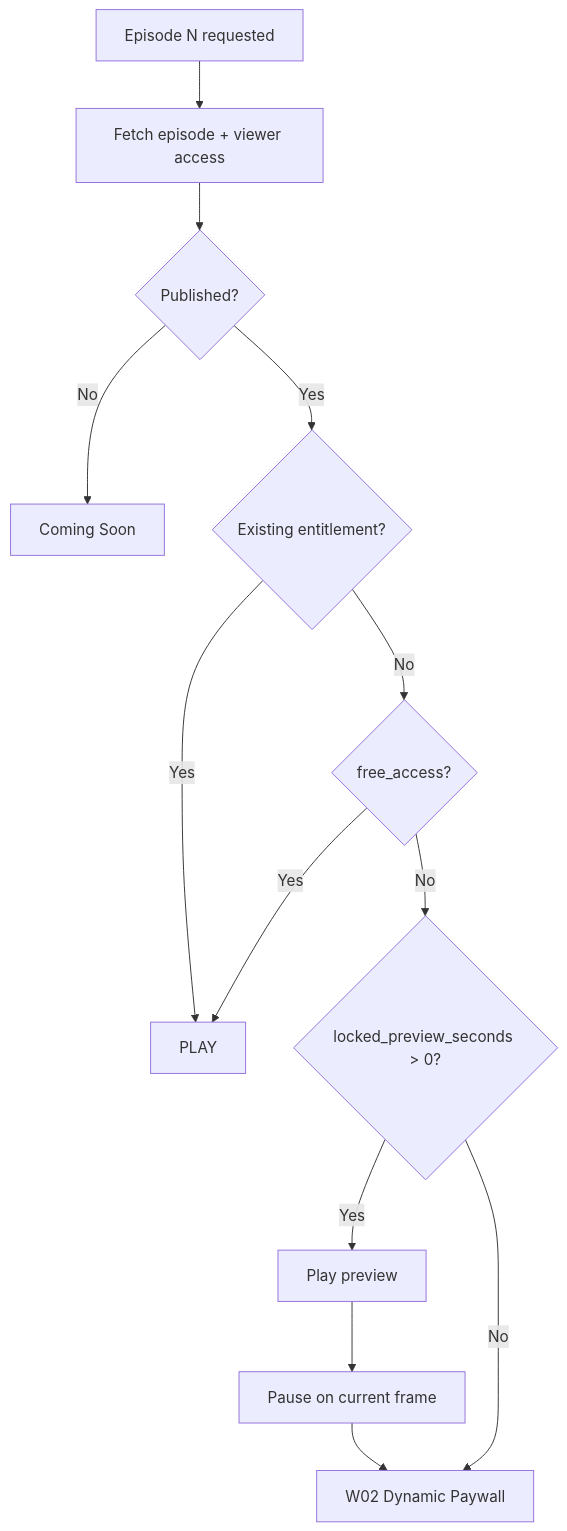
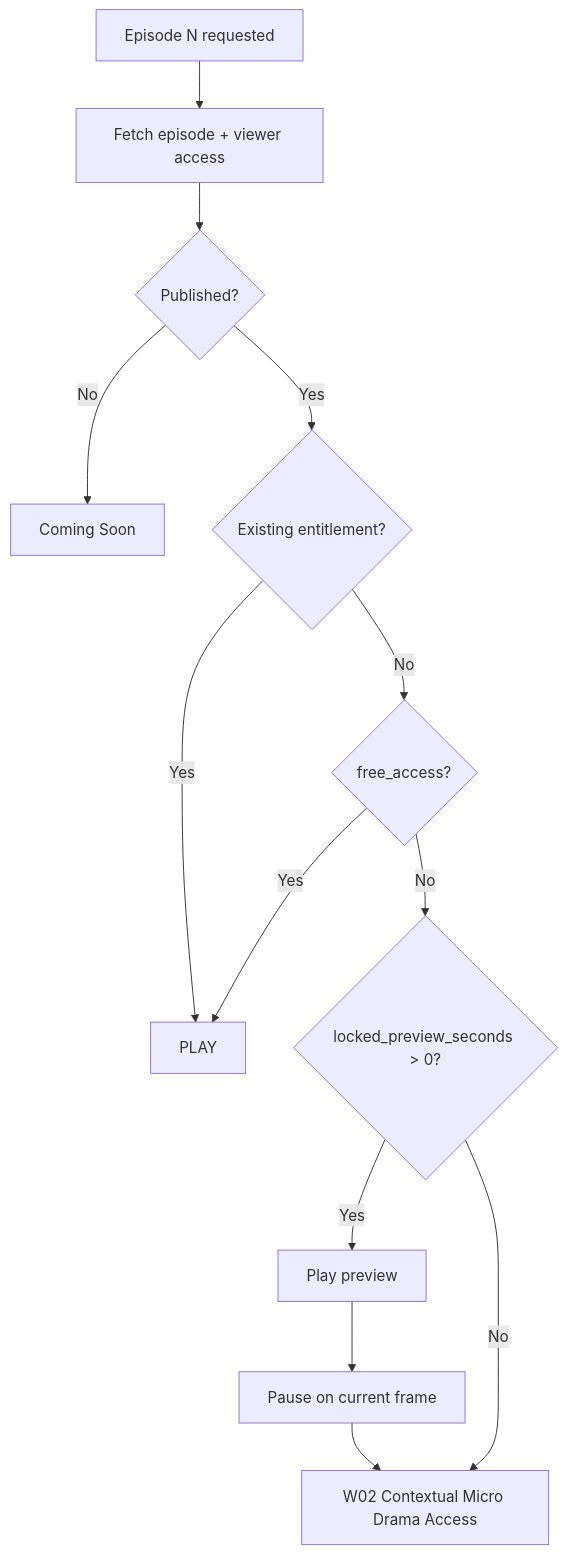
The third of 14 diagrams in docs/0nya_MASTER_USER_FLOW_v1.1_ALL_IN_ONE.md (0nyaproduction-a11y/0nyapp), drawn with Mermaid before and after one commit. The commit also changed other lines of this file and 149 other files, not shown here.

````diff
--- a/docs/0nya_MASTER_USER_FLOW_v1.1_ALL_IN_ONE.md
+++ b/docs/0nya_MASTER_USER_FLOW_v1.1_ALL_IN_ONE.md
@@ -240,20 +305,20 @@
 ```mermaid
 flowchart TD
     A[Episode N requested] --> B[Fetch episode + viewer access]
     B --> C{Published?}
 
     C -- No --> D[Coming Soon]
     C -- Yes --> E{Existing entitlement?}
 
     E -- Yes --> P[PLAY]
     E -- No --> F{free_access?}
 
     F -- Yes --> P
     F -- No --> G{locked_preview_seconds > 0?}
 
     G -- Yes --> H[Play preview]
     H --> I[Pause on current frame]
-    I --> W[W02 Dynamic Paywall]
+    I --> W[W02 Contextual Micro Drama Access]
 
     G -- No --> W
 ```
````
